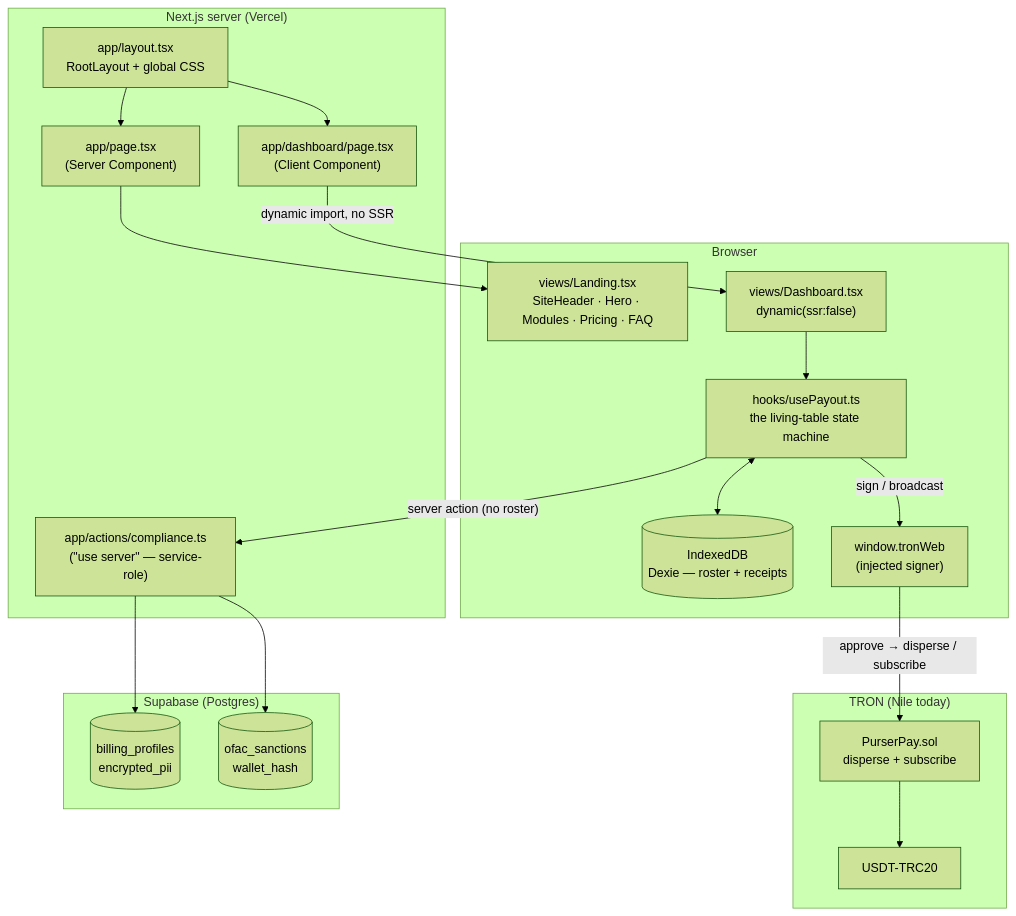
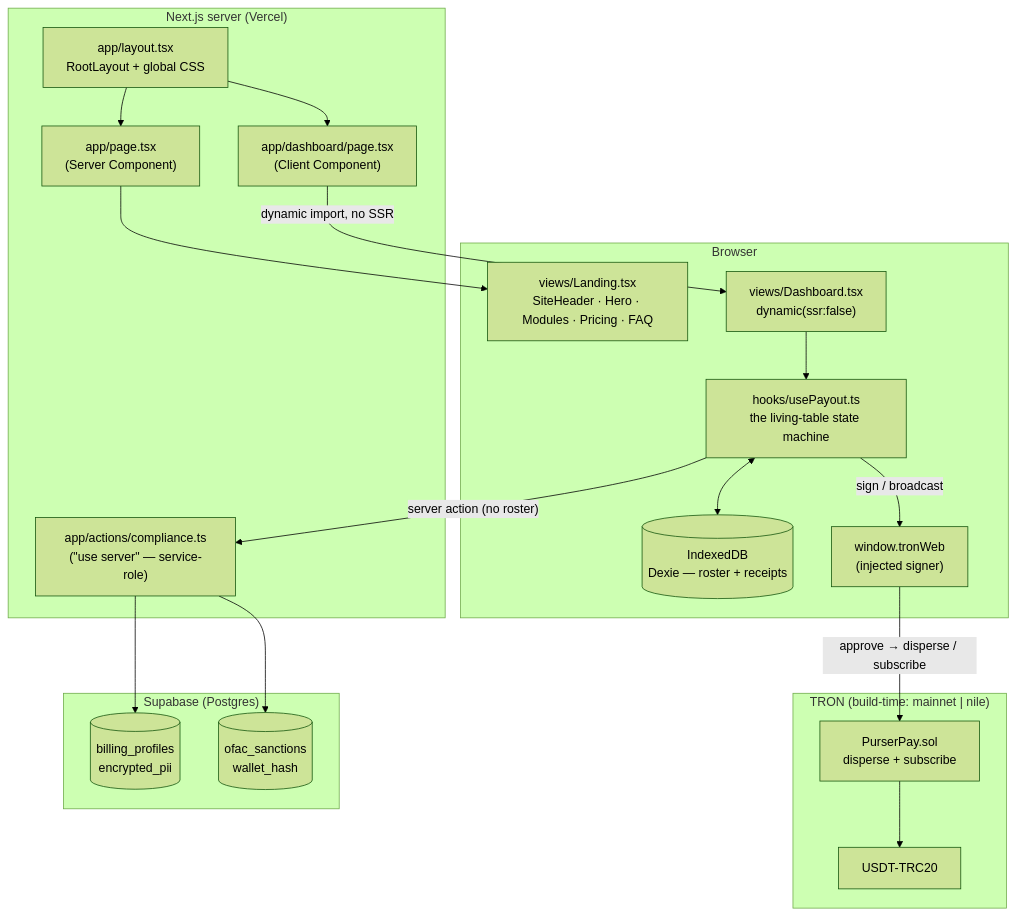
The diagram in docs/01-architecture.md (cristianrisueo/purserpay), drawn with Mermaid (forest theme) before and after one commit. The commit also changed other lines of this file and 26 other files, not shown here.

````diff
--- a/docs/01-architecture.md
+++ b/docs/01-architecture.md
@@ -45,35 +45,35 @@
 ```mermaid
 flowchart TD
     subgraph Server["Next.js server (Vercel)"]
         Layout["app/layout.tsx<br/>RootLayout + global CSS"]
         LandingPage["app/page.tsx<br/>(Server Component)"]
         DashPage["app/dashboard/page.tsx<br/>(Client Component)"]
         Actions["app/actions/compliance.ts<br/>(&quot;use server&quot; — service-role)"]
     end
 
     subgraph Client["Browser"]
         LandingView["views/Landing.tsx<br/>SiteHeader · Hero · Modules · Pricing · FAQ"]
         DashView["views/Dashboard.tsx<br/>dynamic(ssr:false)"]
         Hook["hooks/usePayout.ts<br/>the living-table state machine"]
         Dexie[("IndexedDB<br/>Dexie — roster + receipts")]
         TronLink["window.tronWeb<br/>(injected signer)"]
     end
 
-    subgraph Chain["TRON (Nile today)"]
+    subgraph Chain["TRON (build-time: mainnet | nile)"]
         Contract["PurserPay.sol<br/>disperse + subscribe"]
         USDT["USDT-TRC20"]
     end
 
     subgraph Supa["Supabase (Postgres)"]
         Billing[("billing_profiles<br/>encrypted_pii")]
         Ofac[("ofac_sanctions<br/>wallet_hash")]
     end
 
     Layout --> LandingPage --> LandingView
     Layout --> DashPage -->|"dynamic import, no SSR"| DashView --> Hook
     Hook <--> Dexie
     Hook -->|"sign / broadcast"| TronLink -->|approve → disperse / subscribe| Contract --> USDT
     Hook -->|"server action (no roster)"| Actions
     Actions --> Ofac
     Actions --> Billing
 ```
````
